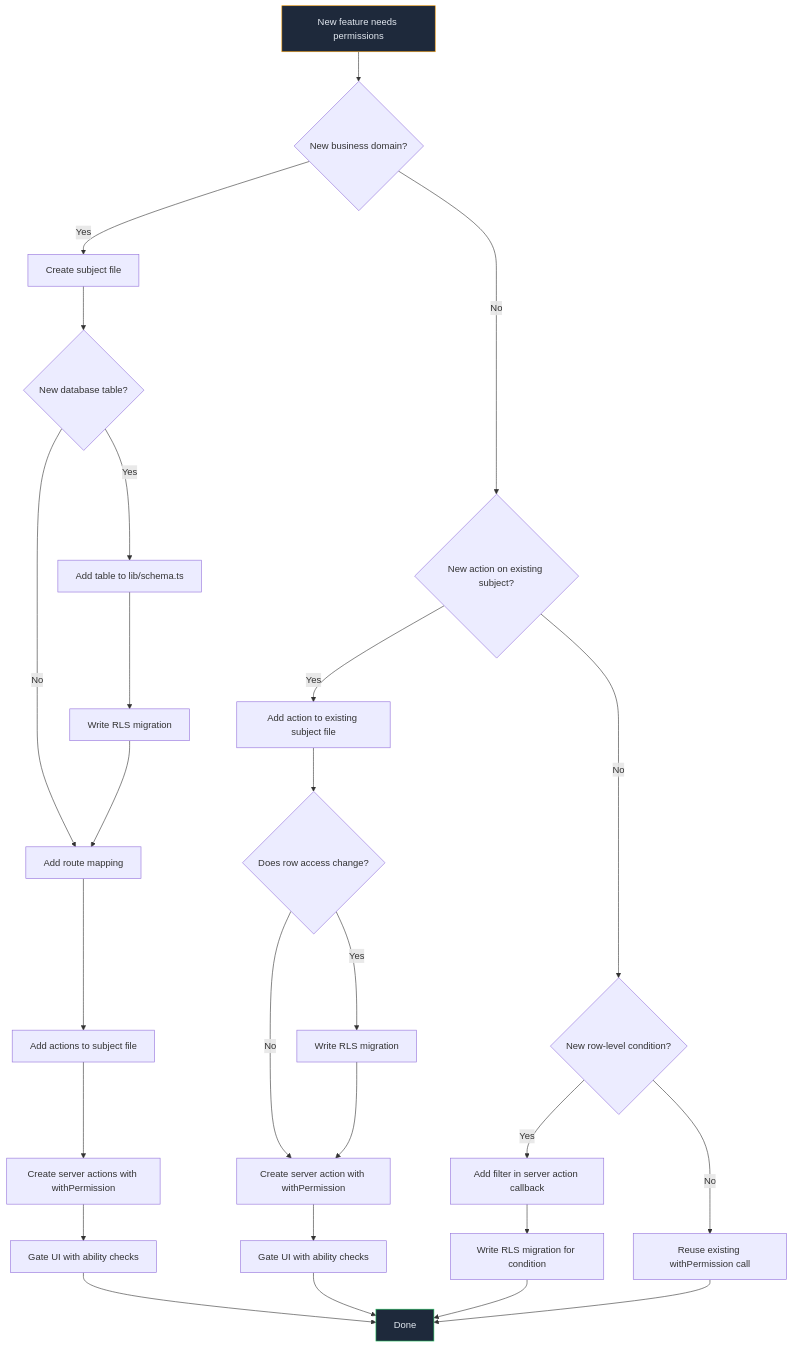
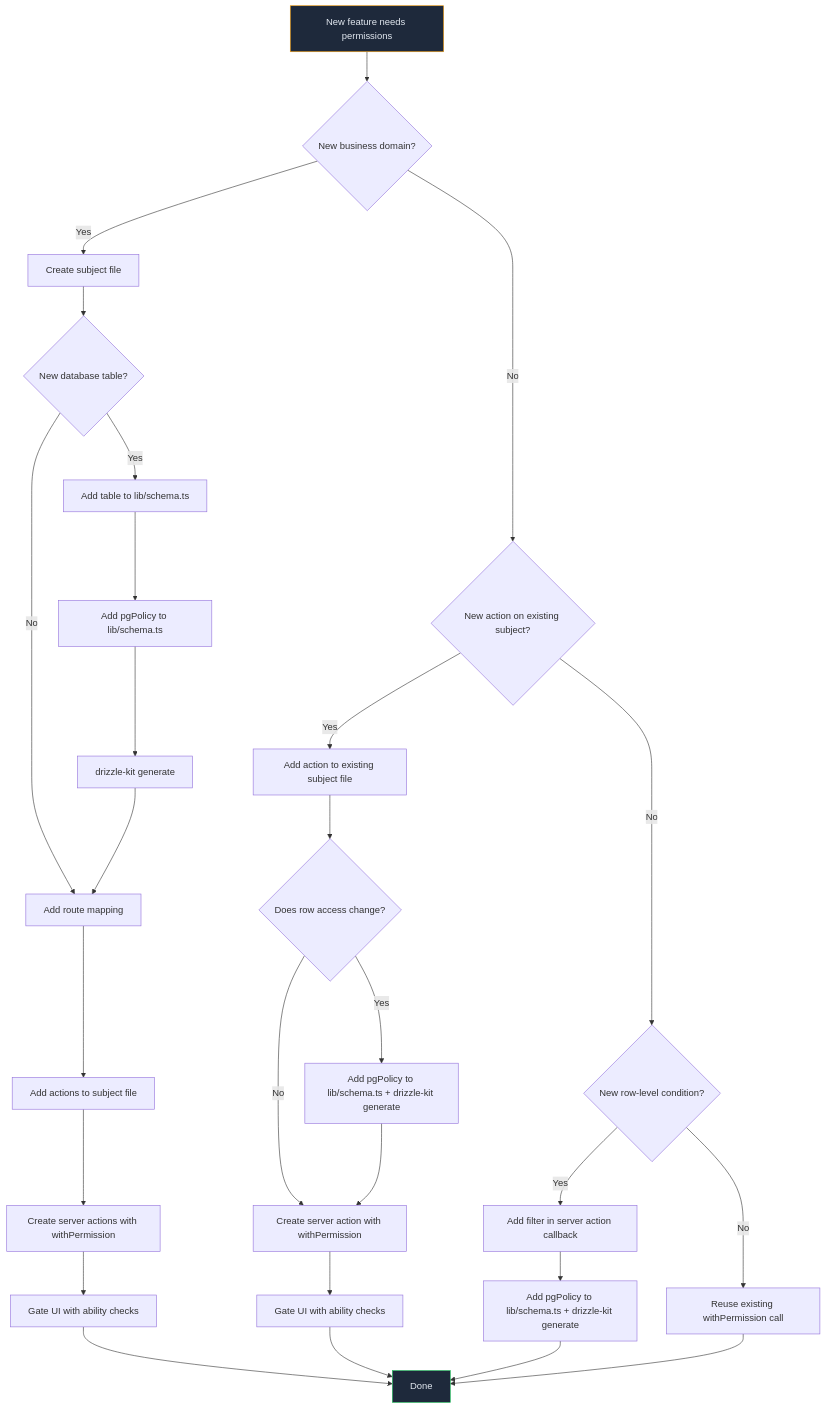
Before and after one commit to AhmedKhan-GH/polaris: the second of 3 diagrams in centralized-permissions.md, drawn with Mermaid. The commit also changed other lines of this file, not shown here.

First line of the commit message:
Update permissions doc to reflect schema-driven RLS

````diff
--- a/centralized-permissions.md
+++ b/centralized-permissions.md
@@ -109,39 +109,40 @@
 ```mermaid
 flowchart TD
     START[New feature needs permissions] --> Q1{New business domain?}
 
     Q1 -->|Yes| NEW_SUBJECT[Create subject file]
     Q1 -->|No| Q2{New action on existing subject?}
 
     NEW_SUBJECT --> NEW_TABLE{New database table?}
     NEW_TABLE -->|Yes| SCHEMA_TABLE[Add table to lib/schema.ts]
     NEW_TABLE -->|No| ROUTE
-    SCHEMA_TABLE --> MIGRATION[Write RLS migration]
-    MIGRATION --> ROUTE[Add route mapping]
+    SCHEMA_TABLE --> RLS_POLICY[Add pgPolicy to lib/schema.ts]
+    RLS_POLICY --> GENERATE[drizzle-kit generate]
+    GENERATE --> ROUTE[Add route mapping]
 
     ROUTE --> ADD_ACTION[Add actions to subject file]
     ADD_ACTION --> SERVER_ACTION[Create server actions with withPermission]
     SERVER_ACTION --> UI[Gate UI with ability checks]
     UI --> DONE[Done]
 
     Q2 -->|Yes| ADD_EXISTING[Add action to existing subject file]
     Q2 -->|No| Q3{New row-level condition?}
 
     ADD_EXISTING --> NEED_RLS{Does row access change?}
-    NEED_RLS -->|Yes| RLS_UPDATE[Write RLS migration]
+    NEED_RLS -->|Yes| RLS_UPDATE[Add pgPolicy to lib/schema.ts + drizzle-kit generate]
     NEED_RLS -->|No| SA2[Create server action with withPermission]
     RLS_UPDATE --> SA2
     SA2 --> UI2[Gate UI with ability checks]
     UI2 --> DONE
 
     Q3 -->|Yes| REPO_GATE[Add filter in server action callback]
     Q3 -->|No| REUSE[Reuse existing withPermission call]
 
-    REPO_GATE --> RLS_CONDITION[Write RLS migration for condition]
+    REPO_GATE --> RLS_CONDITION[Add pgPolicy to lib/schema.ts + drizzle-kit generate]
     RLS_CONDITION --> DONE
 
     REUSE --> DONE
 
     style START fill:#1e293b,stroke:#f59e0b,color:#e2e8f0
     style DONE fill:#1e293b,stroke:#22c55e,color:#e2e8f0
 ```
````
